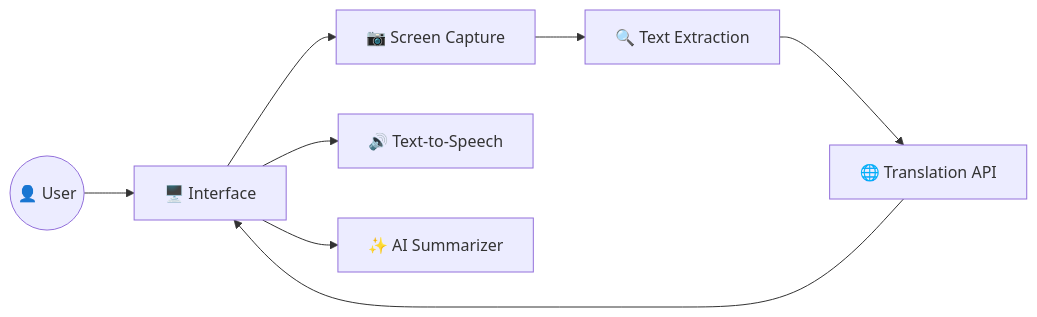
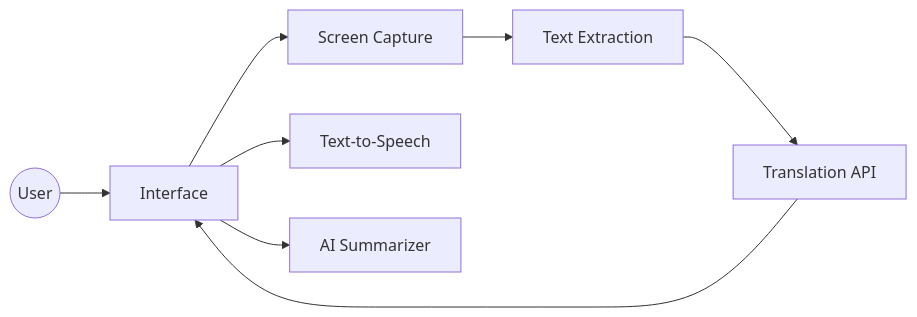
Before and after one commit to Samar-365/lingo_live: the first of 2 diagrams in README.md, drawn with Mermaid. The commit also changed other lines of this file, not shown here.

````diff
--- a/README.md
+++ b/README.md
@@ -72,10 +72,10 @@
 ```mermaid
 graph LR
-    User((👤 User)) --> UI[🖥️ Interface]
-    UI --> Capture[📷 Screen Capture]
-    Capture --> OCR[🔍 Text Extraction]
-    OCR --> Trans[🌐 Translation API]
+    User((User)) --> UI[Interface]
+    UI --> Capture[Screen Capture]
+    Capture --> OCR[Text Extraction]
+    OCR --> Trans[Translation API]
     Trans --> UI
-    UI --> TTS[🔊 Text-to-Speech]
-    UI --> Gemini[✨ AI Summarizer]
+    UI --> TTS[Text-to-Speech]
+    UI --> Gemini[AI Summarizer]
 ```
````
